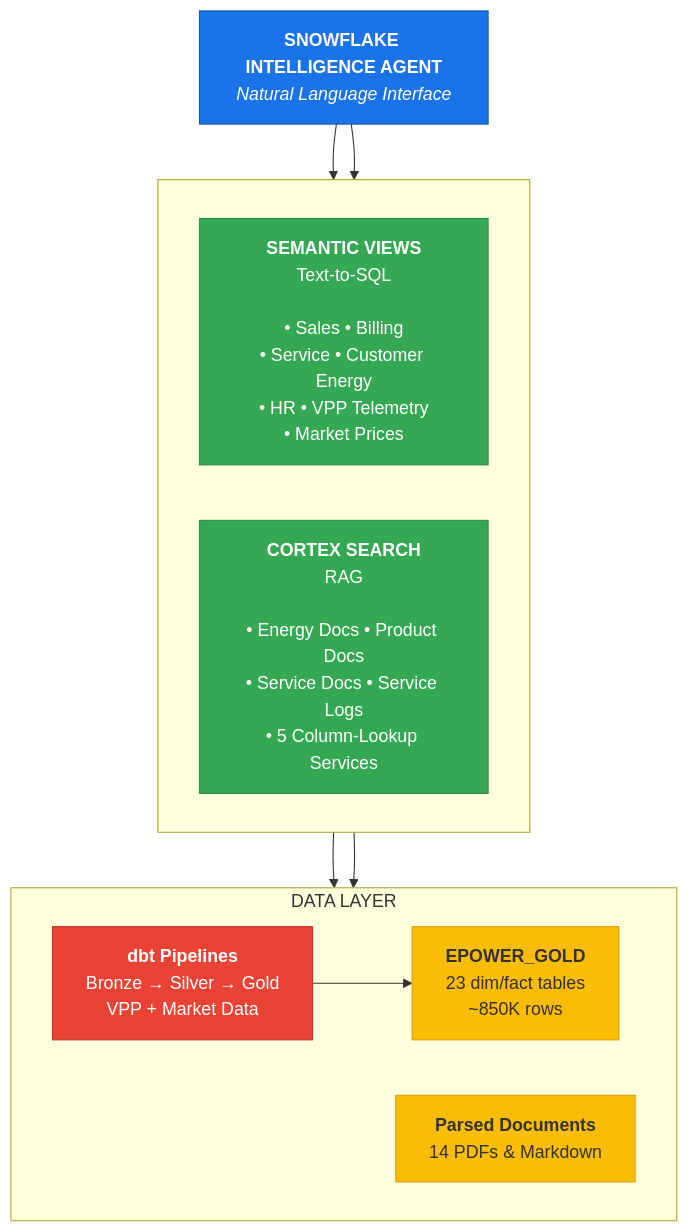
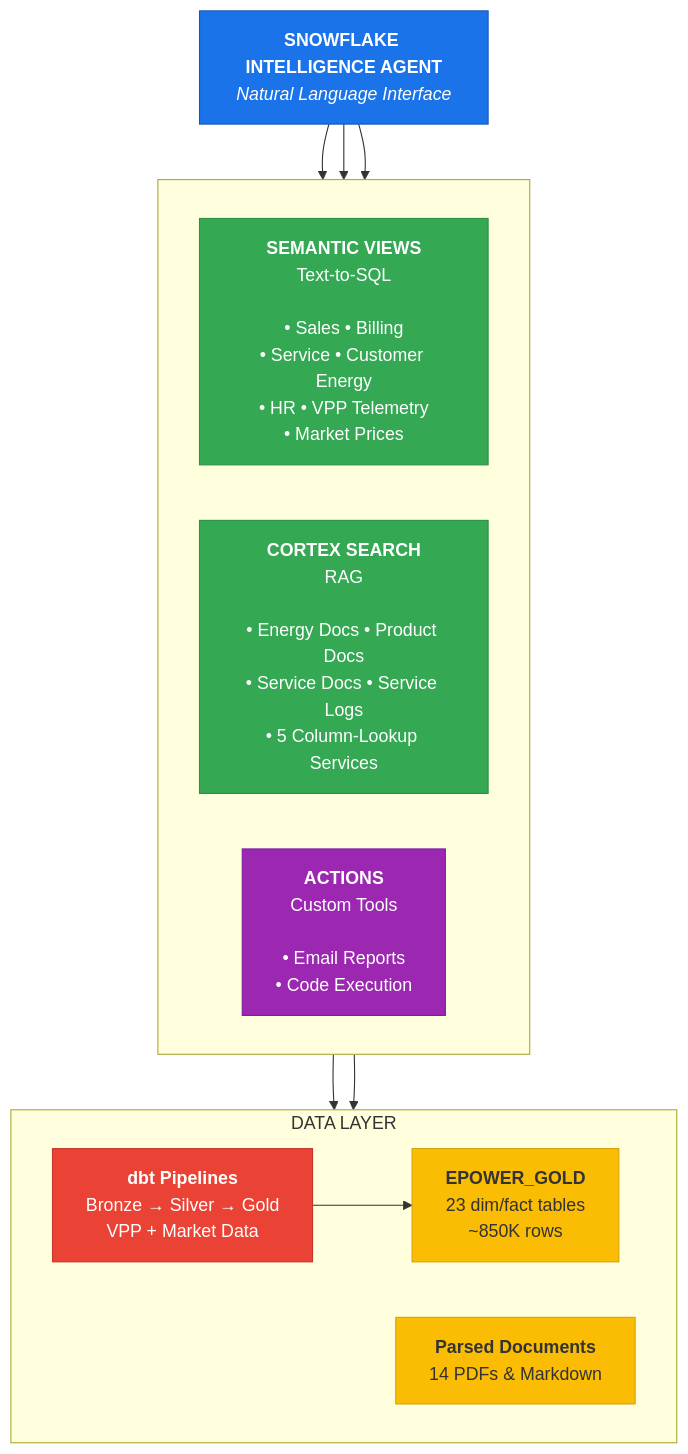
One commit to sfc-gh-jjoerg/Snowflake_EPOWER_HOL changed the second of 4 diagrams in README.md. Above: the diagram before and after it, drawn with Mermaid. The commit also changed other lines of this file and 5 other files, not shown here.

Commit message:
feat(agent): add email notification and code execution custom tools

````diff
--- a/README.md
+++ b/README.md
@@ -274,30 +274,33 @@
 ```mermaid
 graph TD
     AGENT["<b>SNOWFLAKE INTELLIGENCE AGENT</b><br/><i>Natural Language Interface</i>"]
 
     subgraph Tools[" "]
         direction LR
         SV["<b>SEMANTIC VIEWS</b><br/>Text-to-SQL<br/><br/>• Sales • Billing<br/>• Service • Customer Energy<br/>• HR • VPP Telemetry<br/>• Market Prices"]
         CS["<b>CORTEX SEARCH</b><br/>RAG<br/><br/>• Energy Docs • Product Docs<br/>• Service Docs • Service Logs<br/>• 5 Column-Lookup Services"]
+        ACT["<b>ACTIONS</b><br/>Custom Tools<br/><br/>• Email Reports<br/>• Code Execution"]
     end
 
     subgraph Data["DATA LAYER"]
         direction LR
         GOLD["<b>EPOWER_GOLD</b><br/>23 dim/fact tables<br/>~850K rows"]
         DOCS["<b>Parsed Documents</b><br/>14 PDFs & Markdown"]
         DBT["<b>dbt Pipelines</b><br/>Bronze → Silver → Gold<br/>VPP + Market Data"]
     end
 
     AGENT --> SV
     AGENT --> CS
+    AGENT --> ACT
     SV --> GOLD
     CS --> DOCS
     DBT --> GOLD
 
     style AGENT fill:#1a73e8,stroke:#1557b0,color:#fff
     style SV fill:#34a853,stroke:#2d8f47,color:#fff
     style CS fill:#34a853,stroke:#2d8f47,color:#fff
+    style ACT fill:#9c27b0,stroke:#7b1fa2,color:#fff
     style GOLD fill:#fbbc04,stroke:#d9a003,color:#333
     style DOCS fill:#fbbc04,stroke:#d9a003,color:#333
     style DBT fill:#ea4335,stroke:#c5352b,color:#fff
 ```
````
